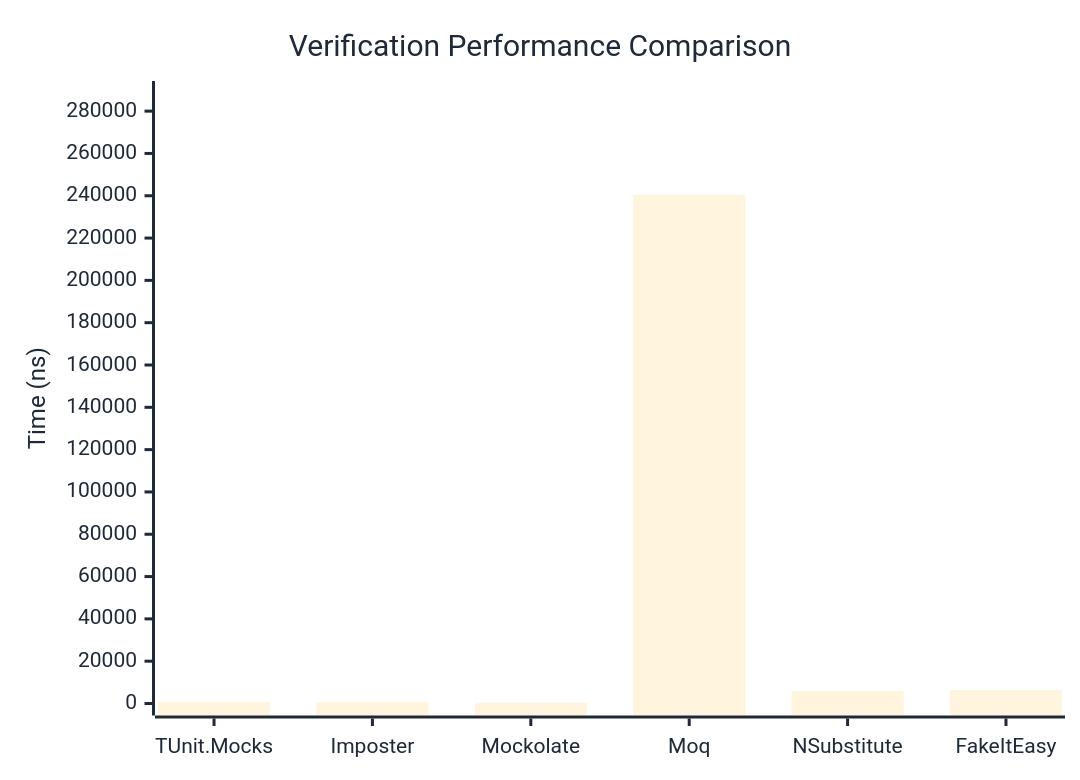
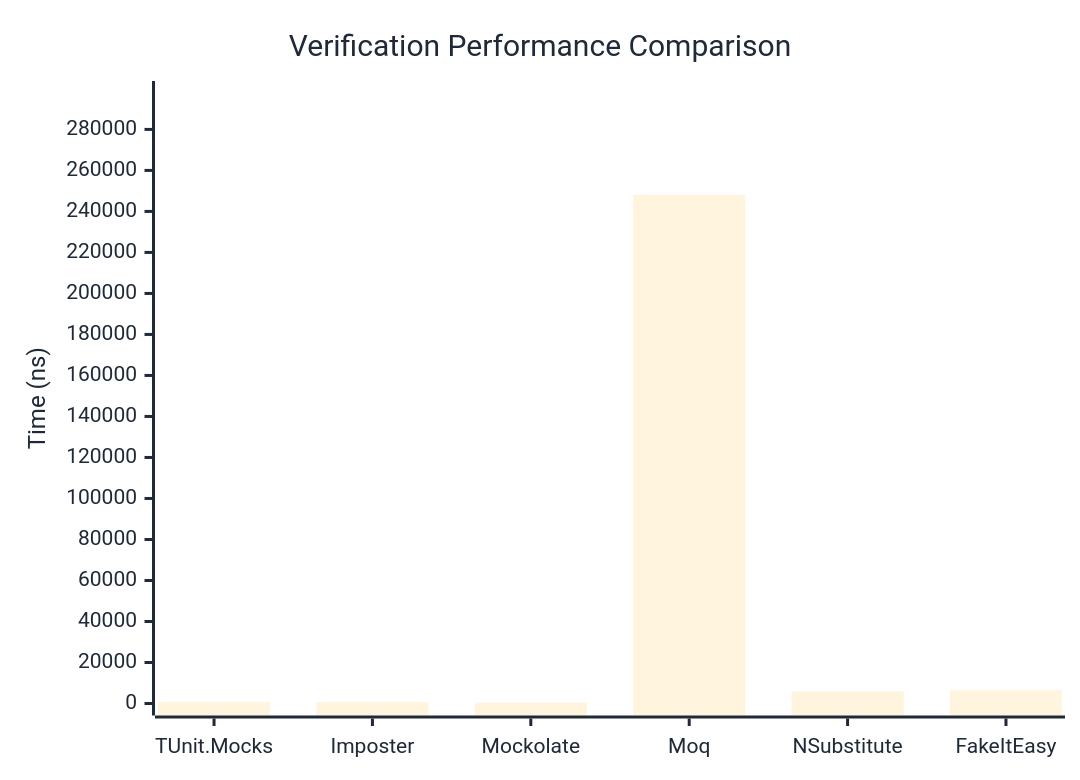
One commit to thomhurst/TUnit changed the first of 3 diagrams in docs/docs/benchmarks/mocks/Verification.md. Above: the diagram before and after it, drawn with Mermaid. The commit also changed other lines of this file and 14 other files, not shown here.

````diff
--- a/docs/docs/benchmarks/mocks/Verification.md
+++ b/docs/docs/benchmarks/mocks/Verification.md
@@ -28,27 +28,27 @@
 ```mermaid
 %%{init: {
   'theme':'base',
   'themeVariables': {
     'primaryColor': '#2563eb',
     'primaryTextColor': '#1f2937',
     'primaryBorderColor': '#1e40af',
     'lineColor': '#6b7280',
     'secondaryColor': '#7c3aed',
     'tertiaryColor': '#dc2626',
     'background': '#ffffff',
     'pie1': '#2563eb',
     'pie2': '#7c3aed',
     'pie3': '#dc2626',
     'pie4': '#f59e0b',
     'pie5': '#10b981',
     'pie6': '#06b6d4',
     'pie7': '#ec4899',
     'pie8': '#6366f1'
   }
 }}%%
 xychart-beta
   title "Verification Performance Comparison"
   x-axis ["TUnit.Mocks", "Imposter", "Mockolate", "Moq", "NSubstitute", "FakeItEasy"]
-  y-axis "Time (ns)" 0 --> 288572
-  bar [731.54, 704.15, 402.06, 240476.37, 5855.83, 6368.42]
+  y-axis "Time (ns)" 0 --> 297757
+  bar [747.61, 692.33, 422.96, 248130.32, 5863.08, 6495.93]
 ```
````
